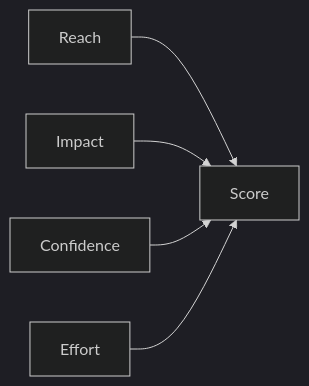
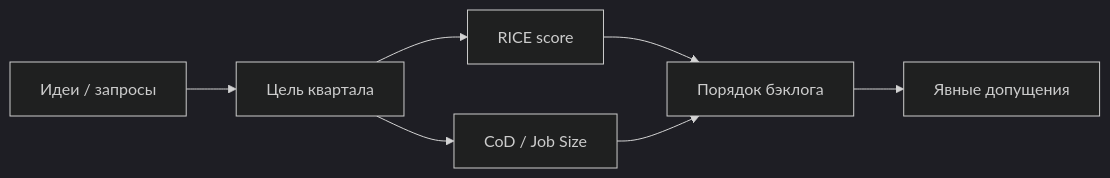
One commit to AlexanderNY/cursor_test changed the diagram in nine-to-eighteen/ui/src/data/learn/product/pm02-prioritization.md. Above: the diagram before and after it, drawn with Mermaid (dark theme). The commit also changed other lines of this file and 3060 other files, not shown here.

````diff
--- a/nine-to-eighteen/ui/src/data/learn/product/pm02-prioritization.md
+++ b/nine-to-eighteen/ui/src/data/learn/product/pm02-prioritization.md
@@ -58,7 +96,9 @@
 ```mermaid
 flowchart LR
-  R[Reach] --> Score
-  I[Impact] --> Score
-  C[Confidence] --> Score
-  E[Effort] --> Score
+  Ideas[Идеи / запросы] --> Goal[Цель квартала]
+  Goal --> RICE[RICE score]
+  Goal --> WSJF[CoD / Job Size]
+  RICE --> Order[Порядок бэклога]
+  WSJF --> Order
+  Order --> Assumptions[Явные допущения]
 ```
````
